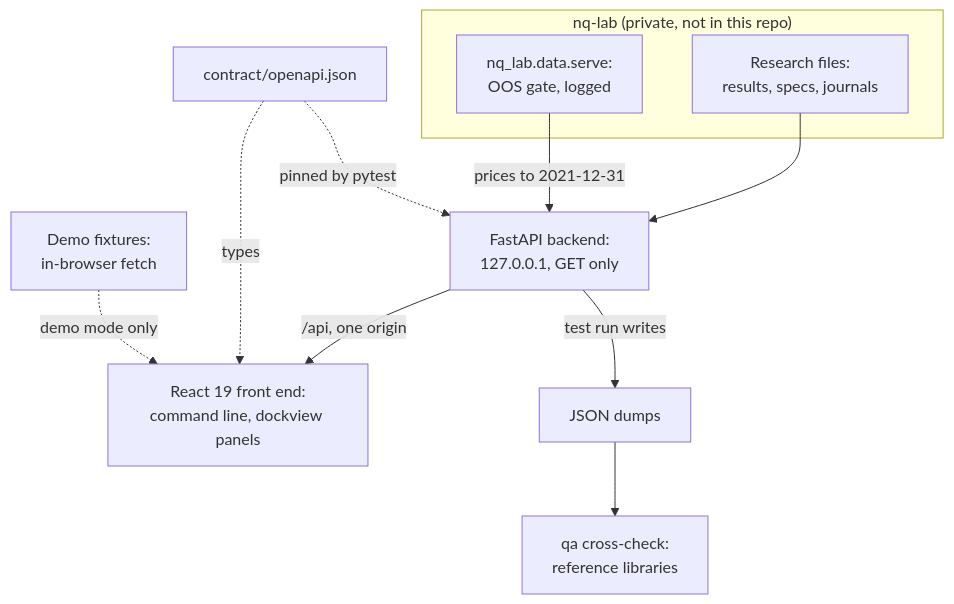
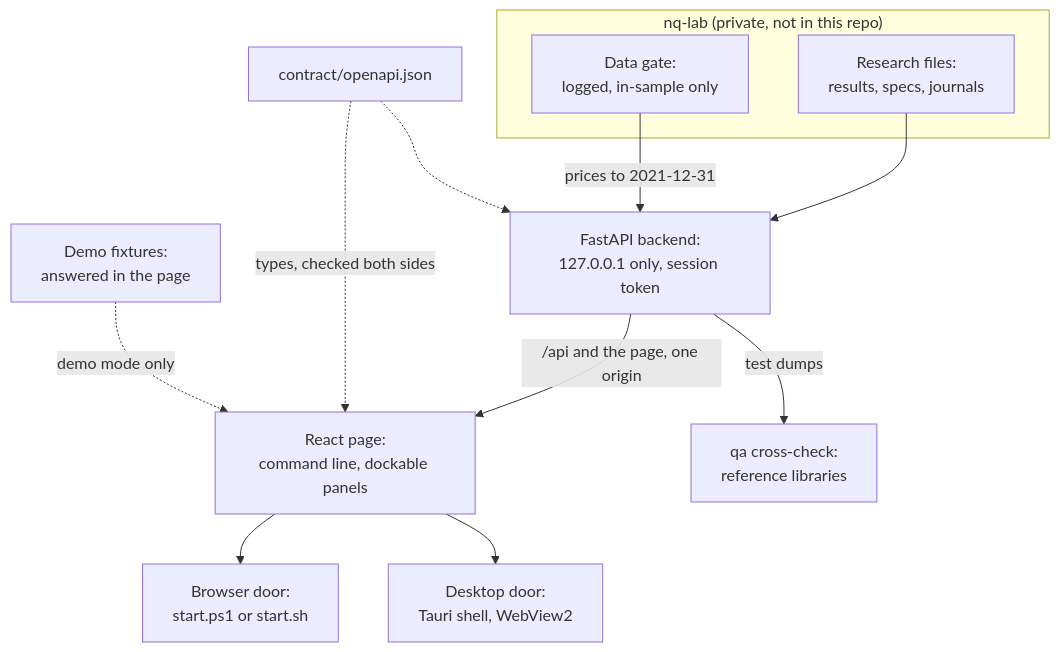
The diagram in README.md (FatihHekim0glu/nq-terminal), drawn with Mermaid before and after one commit. The commit also changed other lines of this file and 9 other files, not shown here.

````diff
--- a/README.md
+++ b/README.md
@@ -440,22 +426,24 @@
 ```mermaid
 flowchart TB
   subgraph lab["nq-lab (private, not in this repo)"]
     files["Research files:<br/>results, specs, journals"]
-    serve["nq_lab.data.serve:<br/>OOS gate, logged"]
+    gate["Data gate:<br/>logged, in-sample only"]
   end
-  backend["FastAPI backend:<br/>127.0.0.1, GET only"]
-  web["React 19 front end:<br/>command line, dockview panels"]
+  backend["FastAPI backend:<br/>127.0.0.1 only, session token"]
+  web["React page:<br/>command line, dockable panels"]
+  browser["Browser door:<br/>start.ps1 or start.sh"]
+  shell["Desktop door:<br/>Tauri shell, WebView2"]
   contract["contract/openapi.json"]
-  demo["Demo fixtures:<br/>in-browser fetch"]
-  dumps["JSON dumps"]
+  demo["Demo fixtures:<br/>answered in the page"]
   qa["qa cross-check:<br/>reference libraries"]
 
   files --> backend
-  serve -->|"prices to 2021-12-31"| backend
-  backend -->|"/api, one origin"| web
-  contract -.->|"types"| web
-  contract -.->|"pinned by pytest"| backend
+  gate -->|"prices to 2021-12-31"| backend
+  backend -->|"/api and the page, one origin"| web
+  web --> browser
+  web --> shell
+  contract -.->|"types, checked both sides"| web
+  contract -.-> backend
   demo -.->|"demo mode only"| web
-  backend -->|"test run writes"| dumps
-  dumps --> qa
+  backend -->|"test dumps"| qa
 ```
````
